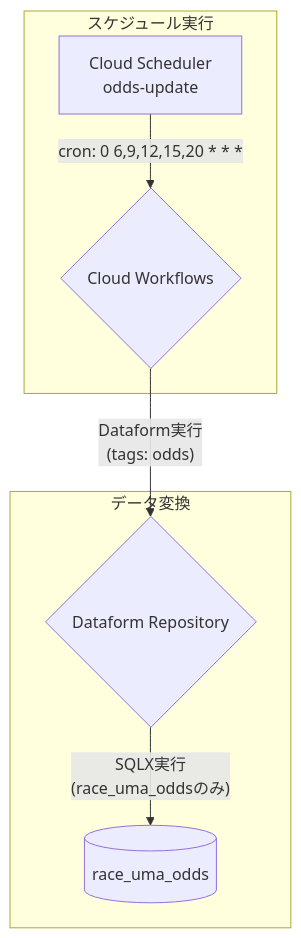
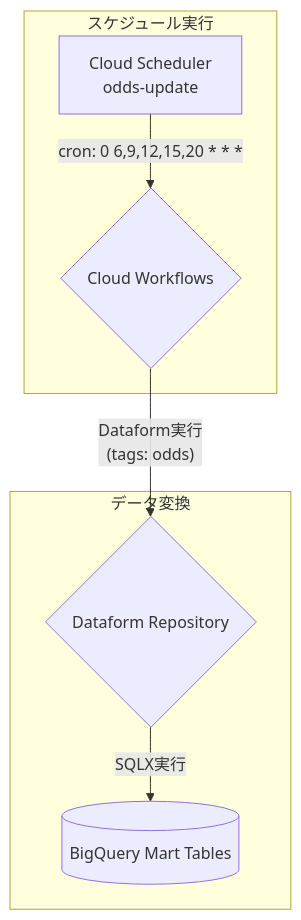
One commit to ENDoDo/kol-gcp-dwh changed the second of 2 diagrams in README.md. Above: the diagram before and after it, drawn with Mermaid. The commit also changed other lines of this file and 7 other files, not shown here.

Commit message:
race_uma_odds テーブルとその関連リソースの削除が完了しました。BigQuery の物理テーブル（本番およびステージング）の削除、IaC 定義のクリーンアップ、およびドキュメントの更新を実施しました。詳細はウォークスルーをご確認ください

````diff
--- a/README.md
+++ b/README.md
@@ -54,11 +54,11 @@
 ```mermaid
 graph TD
     subgraph "スケジュール実行"
         Scheduler[Cloud Scheduler<br>odds-update] -- "cron: 0 6,9,12,15,20 * * *" --> W{Cloud Workflows};
     end
 
     subgraph "データ変換"
         W -- "Dataform実行<br>(tags: odds)" --> R{Dataform Repository};
-        R -- "SQLX実行<br>(race_uma_oddsのみ)" --> Odds[(race_uma_odds)];
+        R -- "SQLX実行" --> Mart[(BigQuery Mart Tables)];
     end
 ```
````
